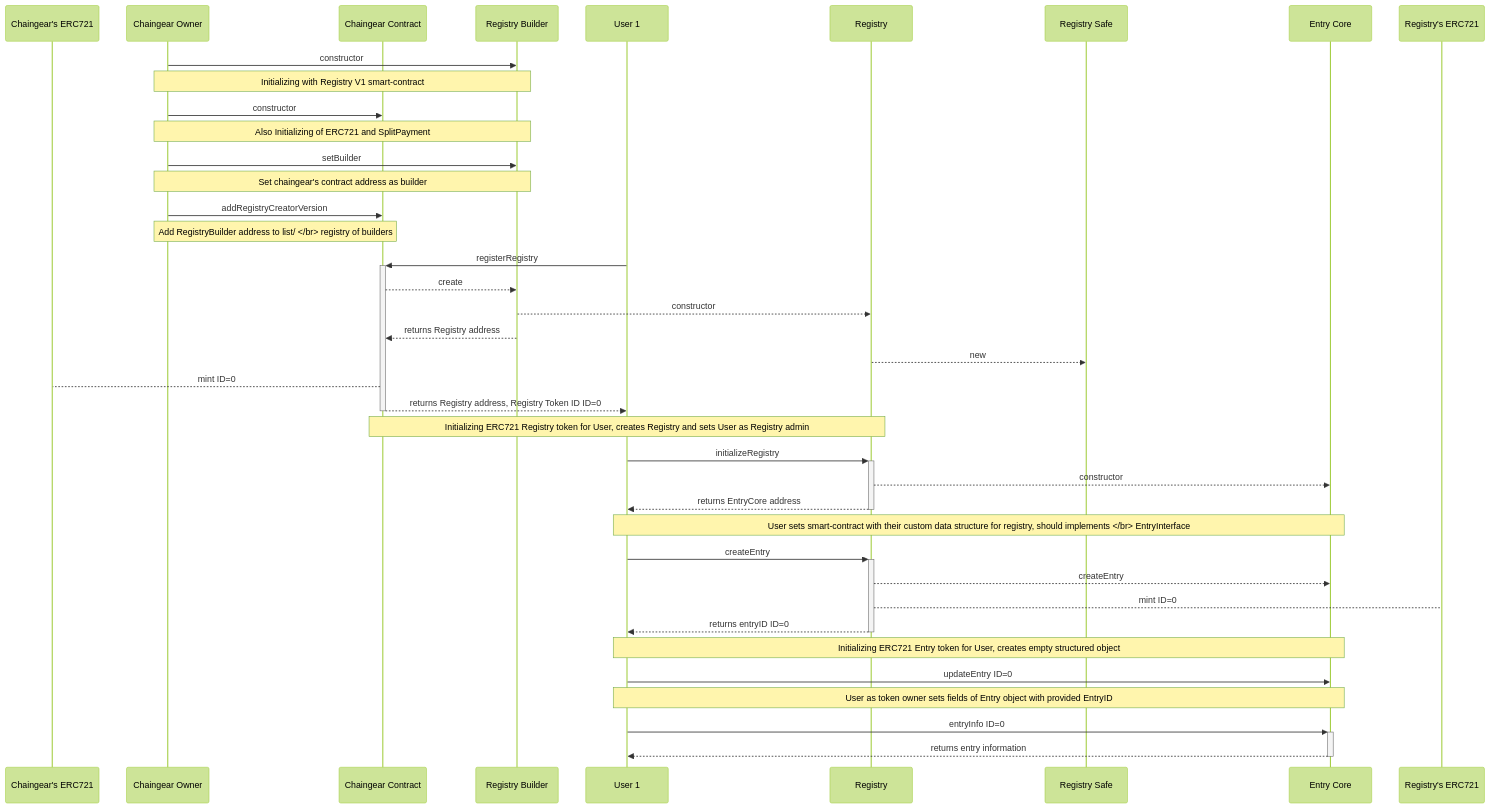
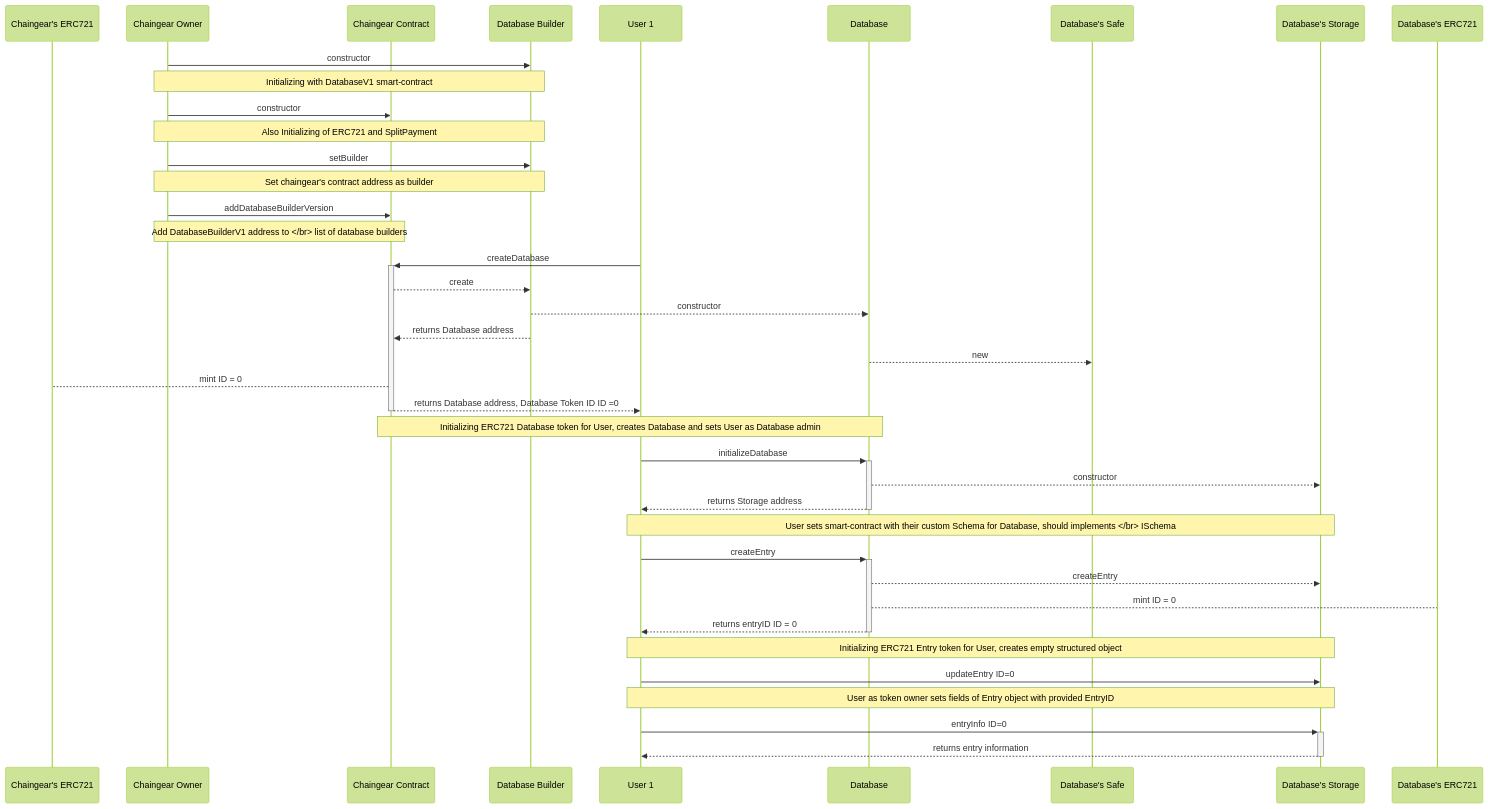
The diagram in docs/mermaid/origin/pipelines-general_pipeline.mmd (cybercongress/chaingear), drawn with Mermaid (forest theme) before and after one commit. The commit also changed 51 other files, not shown here.

```diff
--- a/docs/mermaid/origin/pipelines-general_pipeline.mmd
+++ b/docs/mermaid/origin/pipelines-general_pipeline.mmd
@@ -1,48 +1,48 @@
 sequenceDiagram
     participant C721 as Chaingear's ERC721
     participant O as Chaingear Owner
     participant CC as Chaingear Contract
-    participant RC as Registry Builder
+    participant RC as Database Builder
     participant U1 as User 1
-    participant R as Registry
-    participant S as Registry Safe
-    participant EC as Entry Core
-    participant R721 as Registry's ERC721 
+    participant R as Database
+    participant S as Database's Safe
+    participant EC as Database's Storage
+    participant R721 as Database's ERC721 
     
     O->>RC: constructor
-    Note over O, RC: Initializing with Registry V1 smart-contract
+    Note over O, RC: Initializing with DatabaseV1 smart-contract
     
     O->>CC: constructor
     Note over O, RC: Also Initializing of ERC721 and SplitPayment
     
     O->>RC: setBuilder
     Note over O, RC: Set chaingear's contract address as builder
     
-    O->>CC: addRegistryCreatorVersion
-    Note over O, CC: Add RegistryBuilder address to list/ </br> registry of builders
+    O->>CC: addDatabaseBuilderVersion
+    Note over O, CC: Add DatabaseBuilderV1 address to </br> list of database builders
     
-    U1->>+CC: registerRegistry
+    U1->>+CC: createDatabase
     CC-->>RC: create
     RC-->>R: constructor
-    RC-->>CC: returns Registry address
+    RC-->>CC: returns Database address
     R-->>S: new
-    CC-->C721: mint ID=0
-    CC-->>-U1: returns Registry address, Registry Token ID ID=0
-    Note over R, CC: Initializing ERC721 Registry token for User, creates Registry and sets User as Registry admin
+    CC-->C721: mint ID = 0
+    CC-->>-U1: returns Database address, Database Token ID ID =0
+    Note over R, CC: Initializing ERC721 Database token for User, creates Database and sets User as Database admin
     
-    U1->>+R: initializeRegistry
+    U1->>+R: initializeDatabase
     R-->>EC: constructor
-    R-->>-U1: returns EntryCore address
-    Note over U1, EC: User sets smart-contract with their custom data structure for registry, should implements </br> EntryInterface
+    R-->>-U1: returns Storage address
+    Note over U1, EC: User sets smart-contract with their custom Schema for Database, should implements </br> ISchema
     
     U1->>+R: createEntry
     R-->>EC: createEntry
-    R-->R721: mint ID=0
-    R-->>-U1: returns entryID ID=0
+    R-->R721: mint ID = 0
+    R-->>-U1: returns entryID ID = 0
     Note over U1, EC: Initializing ERC721 Entry token for User, creates empty structured object 
     
     U1->>EC: updateEntry ID=0
     Note over U1, EC: User as token owner sets fields of Entry object with provided EntryID
     
     U1->>+EC: entryInfo ID=0
     EC-->>-U1: returns entry information
```
